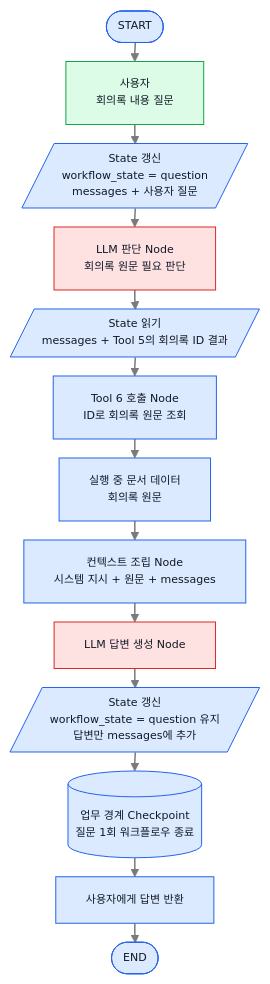
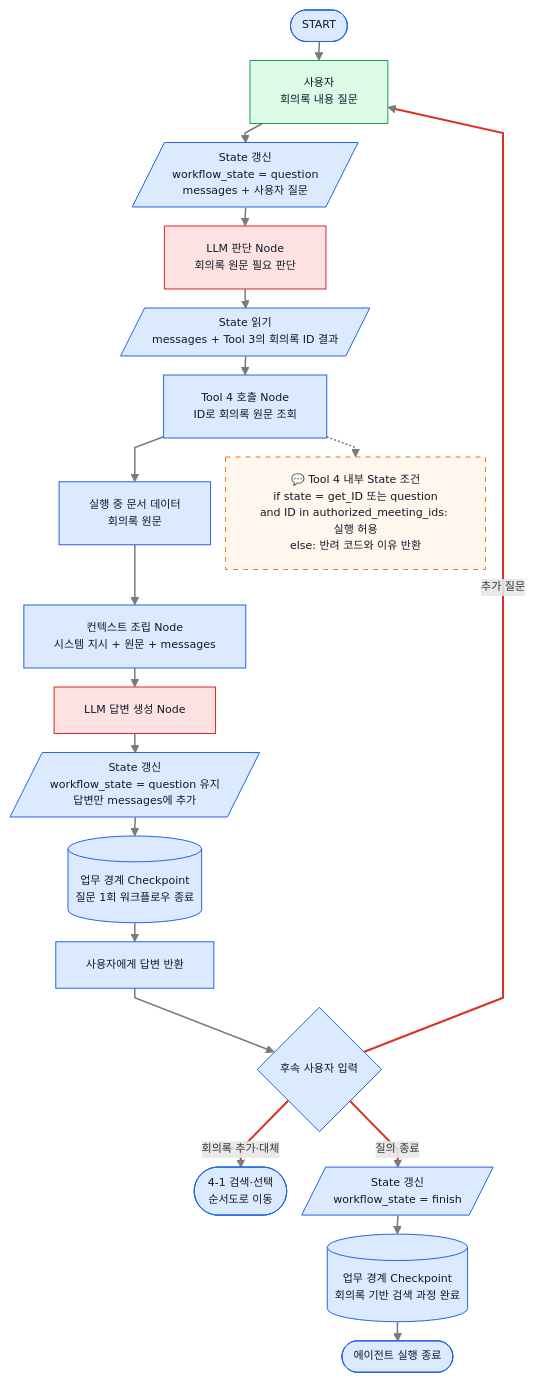
One commit to ericyum/Obsidian changed the eighth of 8 diagrams in ZENAI/에이전트 설계/회의록 에이전트 설계/1. 회의록 에이전트 워크플로우 graph 정의.md. Above: the diagram before and after it, drawn with Mermaid. The commit also changed other lines of this file and 7 other files, not shown here.

````diff
--- a/ZENAI/에이전트 설계/회의록 에이전트 설계/1. 회의록 에이전트 워크플로우 graph 정의.md
+++ b/ZENAI/에이전트 설계/회의록 에이전트 설계/1. 회의록 에이전트 워크플로우 graph 정의.md
@@ -370,23 +412,32 @@
 ```mermaid
 %%{init: {"flowchart": {"useMaxWidth": true, "nodeSpacing": 15, "rankSpacing": 19, "curve": "linear"}, "themeVariables": {"fontSize": "11px"}}}%%
 flowchart TB
     S(["START"]) --> U["사용자<br/>회의록 내용 질문"]
     U --> SQ[/"State 갱신<br/>workflow_state = question<br/>messages + 사용자 질문"/]
     SQ --> A["LLM 판단 Node<br/>회의록 원문 필요 판단"]
-    A --> ST[/"State 읽기<br/>messages + Tool 5의 회의록 ID 결과"/]
-    ST --> T6["Tool 6 호출 Node<br/>ID로 회의록 원문 조회"]
+    A --> ST[/"State 읽기<br/>messages + Tool 3의 회의록 ID 결과"/]
+    ST --> T6["Tool 4 호출 Node<br/>ID로 회의록 원문 조회"]
     T6 --> DOC["실행 중 문서 데이터<br/>회의록 원문"]
     DOC --> CTX["컨텍스트 조립 Node<br/>시스템 지시 + 원문 + messages"]
     CTX --> L["LLM 답변 생성 Node"]
     L --> SU[/"State 갱신<br/>workflow_state = question 유지<br/>답변만 messages에 추가"/]
     SU --> CP[("업무 경계 Checkpoint<br/>질문 1회 워크플로우 종료")]
     CP --> R["사용자에게 답변 반환"]
-    R --> E(["END"])
+    R --> NQ{"후속 사용자 입력"}
+    NQ -->|"추가 질문"| U
+    NQ -->|"회의록 추가·대체"| RS(["4-1 검색·선택<br/>순서도로 이동"])
+    NQ -->|"질의 종료"| FIN[/"State 갱신<br/>workflow_state = finish"/]
+    FIN --> CPF[("업무 경계 Checkpoint<br/>회의록 기반 검색 과정 완료")]
+    CPF --> E(["에이전트 실행 종료"])
+    T6 -.-> N6["💬 Tool 4 내부 State 조건<br/>if state = get_ID 또는 question<br/>and ID in authorized_meeting_ids: 실행 허용<br/>else: 반려 코드와 이유 반환"]
     classDef user fill:#dcfce7,stroke:#16a34a,color:#111827;
     classDef internal fill:#dbeafe,stroke:#2563eb,color:#111827;
     classDef llm fill:#fee2e2,stroke:#dc2626,color:#111827;
+    classDef note fill:#fff7ed,stroke:#f97316,color:#111827,stroke-dasharray: 5 5;
     class U user;
     class A,L llm;
-    class S,SQ,ST,T6,DOC,CTX,SU,CP,R,E internal;
+    class N6 note;
+    class S,SQ,ST,T6,DOC,CTX,SU,CP,R,NQ,RS,FIN,CPF,E internal;
     linkStyle default stroke:#7a7a7a,stroke-width:1.5px;
+    linkStyle 12,13,14 stroke:#d93025,stroke-width:2px;
 ```
````
